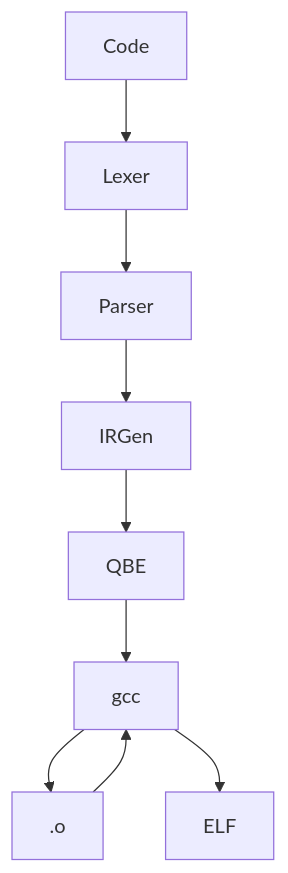
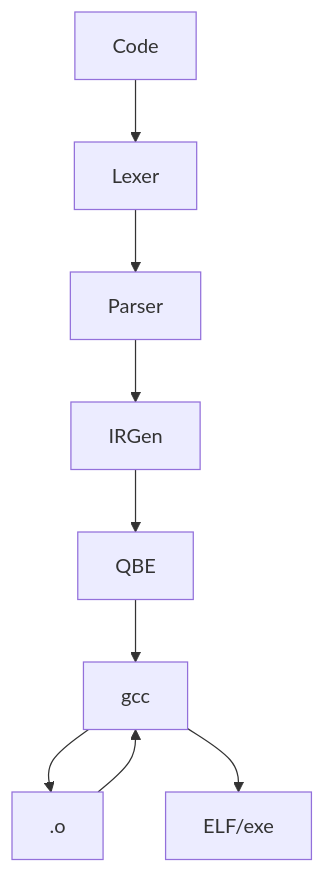
Before and after one commit to SBaori/B: the diagram in README.md, drawn with Mermaid.

````diff
--- a/README.md
+++ b/README.md
@@ -52,4 +52,4 @@
 ```mermaid
 graph TD
-  Code --> Lexer --> Parser --> IRGen --> QBE --> gcc --> .o --> gcc --> ELF
+  Code --> Lexer --> Parser --> IRGen --> QBE --> gcc --> .o --> gcc --> ELF/exe
 ```
````
